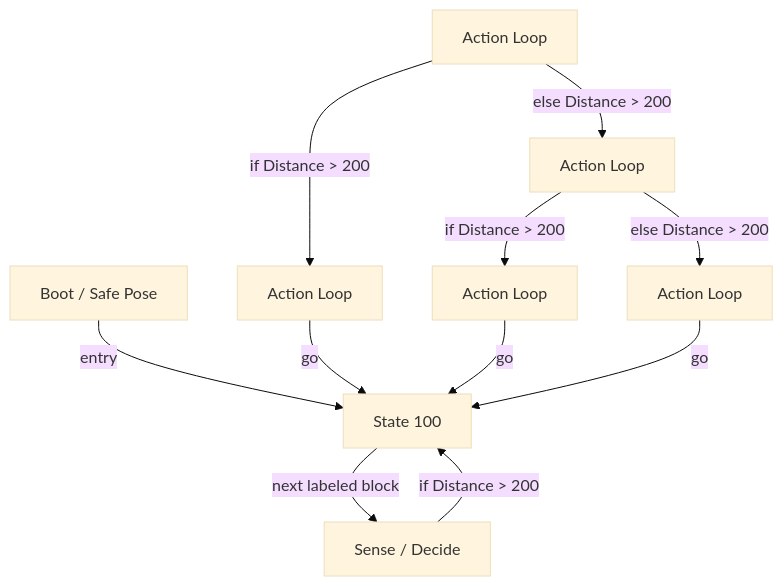
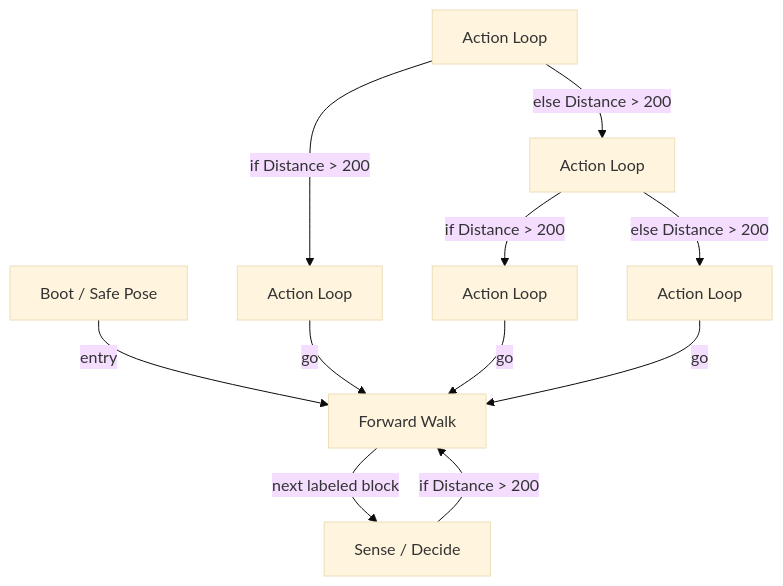
Before and after one commit to cartheur-aibo/aibo-lab: the diagram in src/R-CODE/generated/Guru.behavior.md, drawn with Mermaid (base theme). The commit also changed other lines of this file and 38 other files, not shown here.

````diff
--- a/src/R-CODE/generated/Guru.behavior.md
+++ b/src/R-CODE/generated/Guru.behavior.md
@@ -70,21 +70,21 @@
 ```mermaid
 flowchart TD
     S_INIT["Boot / Safe Pose"]
-    S_100["State 100"]
+    S_100["Forward Walk"]
     S_110["Sense / Decide"]
     S_120["Action Loop"]
     S_130["Action Loop"]
     S_140["Action Loop"]
     S_160["Action Loop"]
     S_170["Action Loop"]
     S_INIT -->|entry| S_100
     S_100 -->|next labeled block| S_110
     S_110 -->|if Distance > 200| S_100
     S_120 -->|if Distance > 200| S_130
     S_120 -->|else Distance > 200| S_140
     S_130 -->|go| S_100
     S_140 -->|if Distance > 200| S_160
     S_140 -->|else Distance > 200| S_170
     S_160 -->|go| S_100
     S_170 -->|go| S_100
 ```
````
